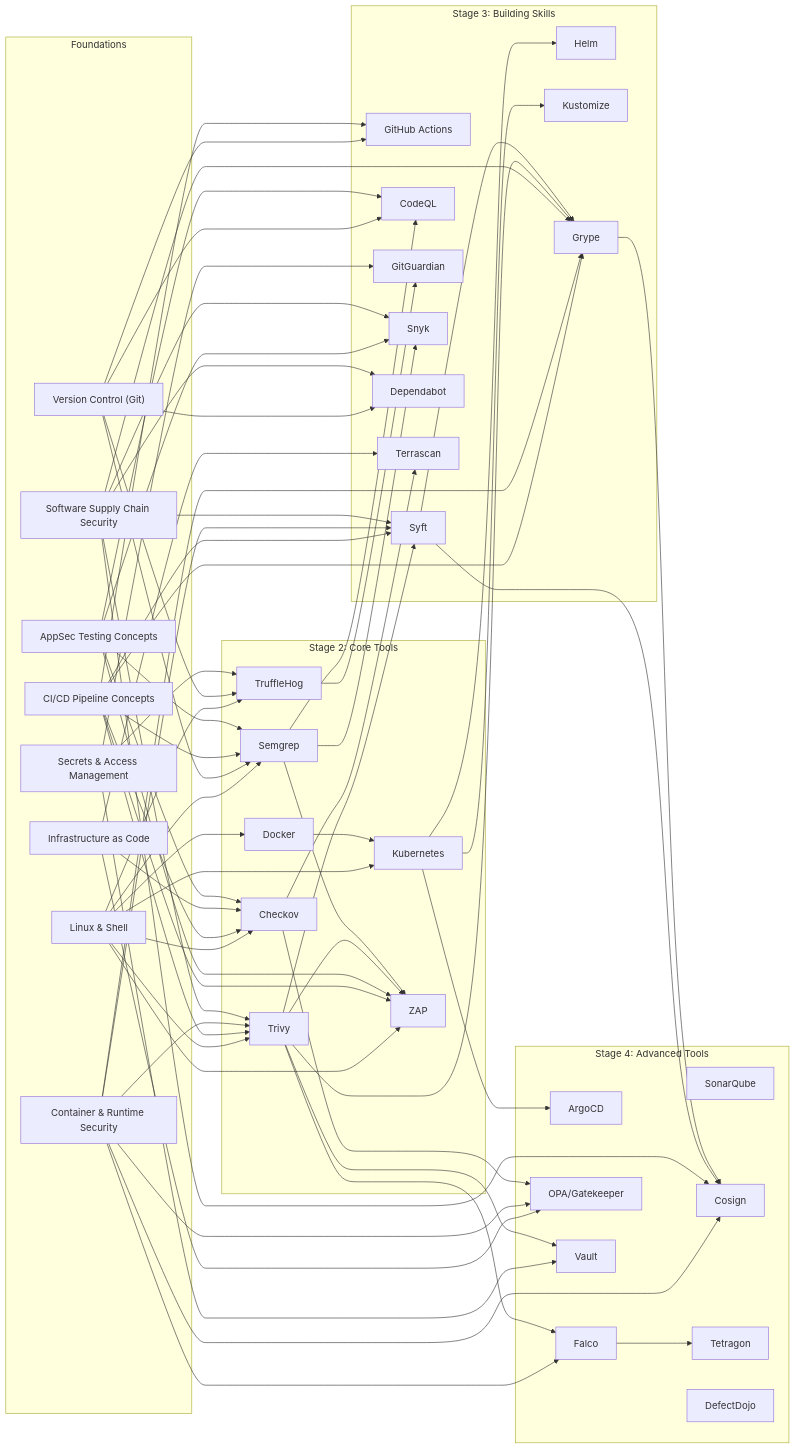
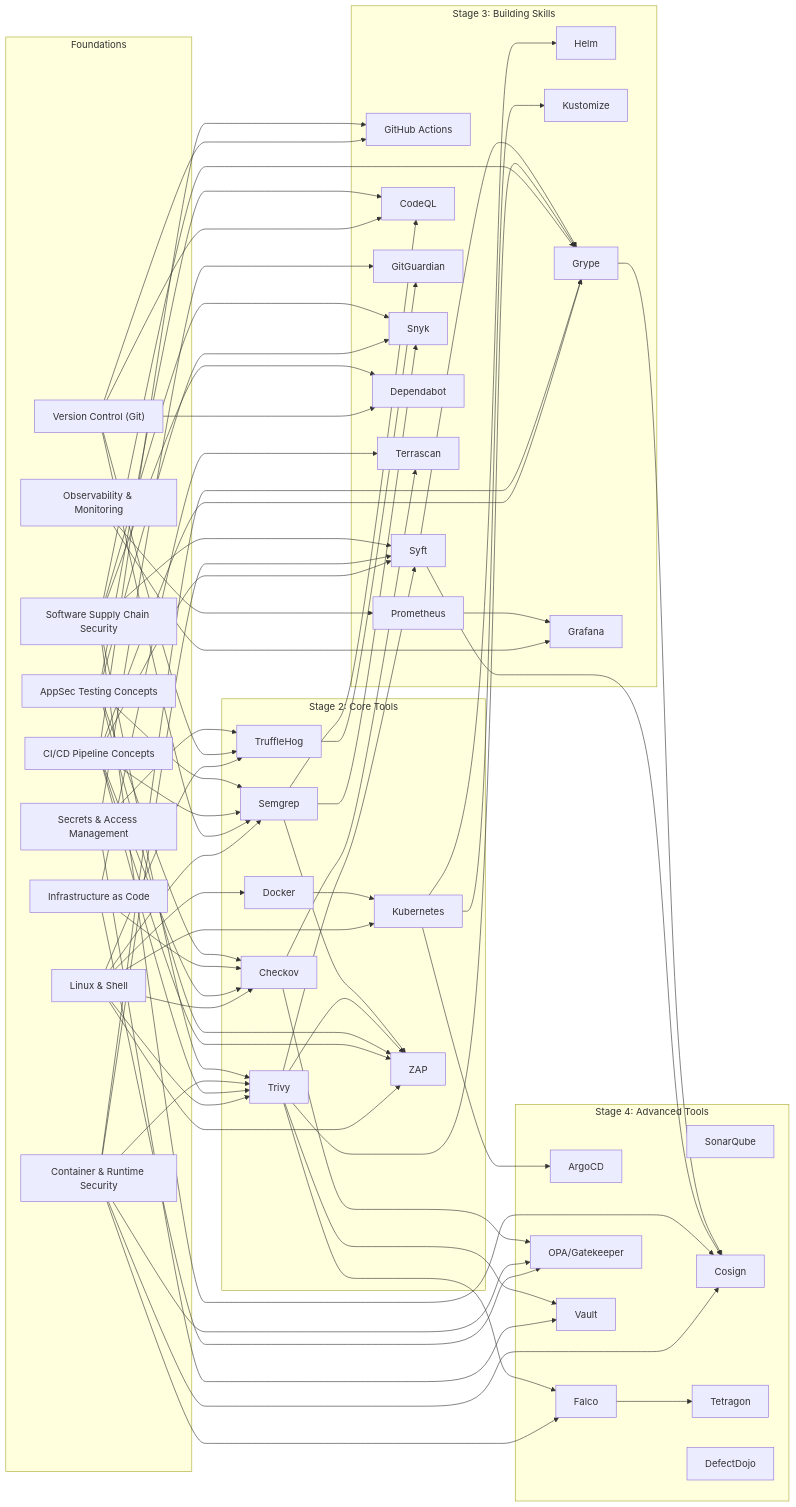
Before and after one commit to Sainathkeesara/DevSecOps-Kit: the diagram in 00_index/learning-path.md, drawn with Mermaid. The commit also changed other lines of this file and 4 other files, not shown here.

````diff
--- a/00_index/learning-path.md
+++ b/00_index/learning-path.md
@@ -72,68 +75,73 @@
 ```mermaid
 flowchart LR
   subgraph Foundations
     Linux["Linux & Shell"]
     Git["Version Control (Git)"]
     CICD["CI/CD Pipeline Concepts"]
     IaC["Infrastructure as Code"]
     AppSec["AppSec Testing Concepts"]
     Container["Container & Runtime Security"]
     Secrets["Secrets & Access Management"]
     SupplyChain["Software Supply Chain Security"]
+    Observ["Observability & Monitoring"]
   end
 
   subgraph Core[Stage 2: Core Tools]
     Docker
     Kubernetes
     Trivy
     Semgrep
     Checkov
     TruffleHog
     ZAP
   end
 
   subgraph Intermediate[Stage 3: Building Skills]
     Helm
     Kustomize
     GitHubActions["GitHub Actions"]
     Syft
     Grype
     CodeQL
     GitGuardian
     Snyk
     Dependabot
     Terrascan
+    Prometheus
+    Grafana
   end
 
   subgraph Advanced[Stage 4: Advanced Tools]
     ArgoCD
     SonarQube
     Cosign
     Falco
     OPA["OPA/Gatekeeper"]
     Vault
     Tetragon
     DefectDojo
   end
 
   Linux --> Docker & Kubernetes & Trivy & Semgrep & Checkov & TruffleHog & ZAP
   Git --> TruffleHog & CodeQL & Semgrep & Dependabot
   CICD --> Trivy & Semgrep & Checkov & Syft & Grype & ZAP
   IaC --> Checkov & Terrascan & OPA
   AppSec --> Semgrep & CodeQL & ZAP & Snyk & Checkov
   Container --> Trivy & Syft & Grype & Cosign & Falco & OPA
   Secrets --> Vault & TruffleHog & GitGuardian
   SupplyChain --> Syft & Grype & Cosign & Trivy & Dependabot & Snyk
+  Observ --> Prometheus & Grafana
 
   Docker --> Kubernetes
   Kubernetes --> Helm & Kustomize & ArgoCD
   Git --> GitHubActions
   CICD --> GitHubActions
   Trivy --> Syft & Grype & ZAP & Vault & Falco
   Falco --> Tetragon
   Semgrep --> ZAP & CodeQL & Snyk
   Checkov --> Terrascan & OPA
   TruffleHog --> GitGuardian
   Syft --> Grype & Cosign
   Grype --> Cosign
+  Prometheus --> Grafana
 ```
````
